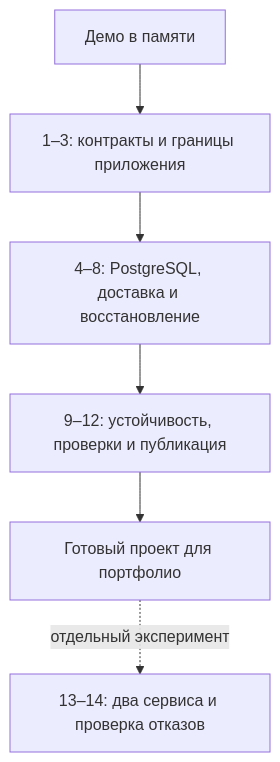
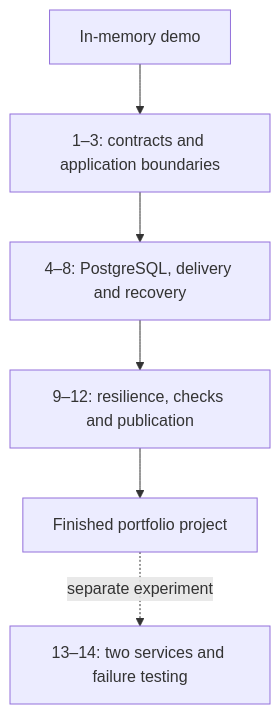
The first of 2 diagrams in docs/PLAN.md (fnder7/nullchat), drawn with Mermaid before and after one commit. The commit also changed other lines of this file and 21 other files, not shown here.

````diff
--- a/docs/PLAN.md
+++ b/docs/PLAN.md
@@ -27,8 +27,8 @@
 ```mermaid
 flowchart TD
-    A[Демо в памяти] --> B[1–3: контракты и границы приложения]
-    B --> C[4–8: PostgreSQL, доставка и восстановление]
-    C --> D[9–12: устойчивость, проверки и публикация]
-    D --> E[Готовый проект для портфолио]
-    E -. отдельный эксперимент .-> F[13–14: два сервиса и проверка отказов]
+    A[In-memory demo] --> B[1–3: contracts and application boundaries]
+    B --> C[4–8: PostgreSQL, delivery and recovery]
+    C --> D[9–12: resilience, checks and publication]
+    D --> E[Finished portfolio project]
+    E -. separate experiment .-> F[13–14: two services and failure testing]
 ```
````
